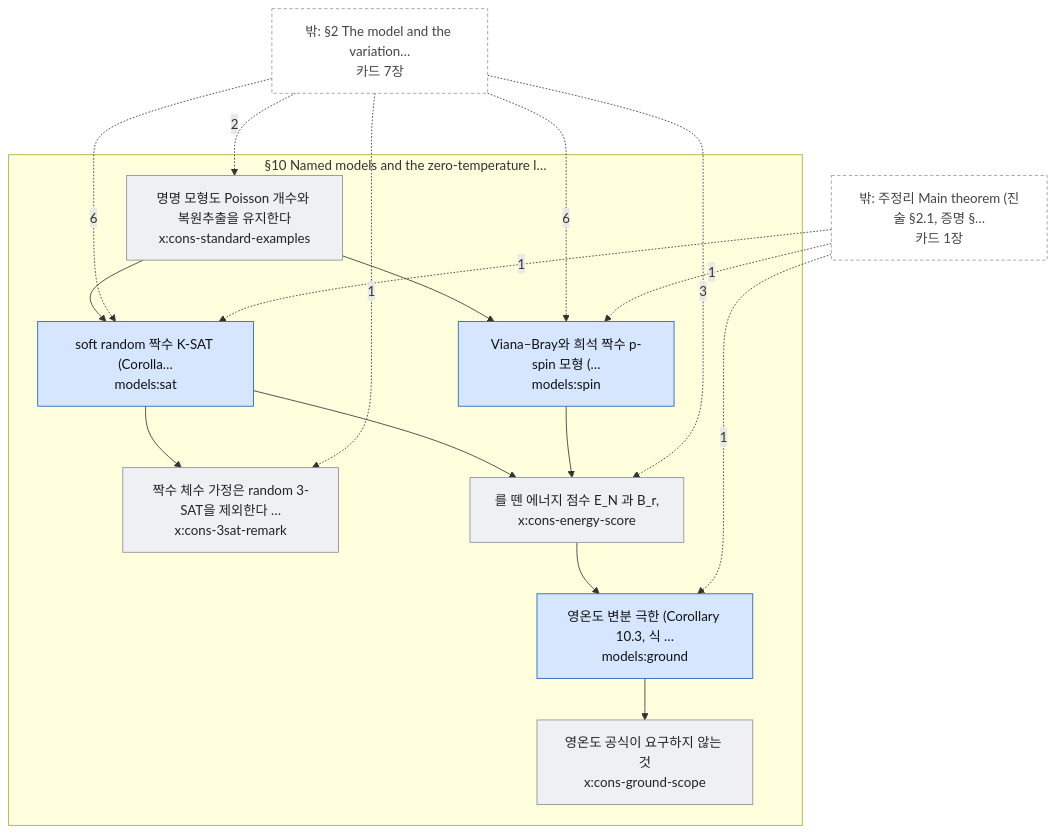
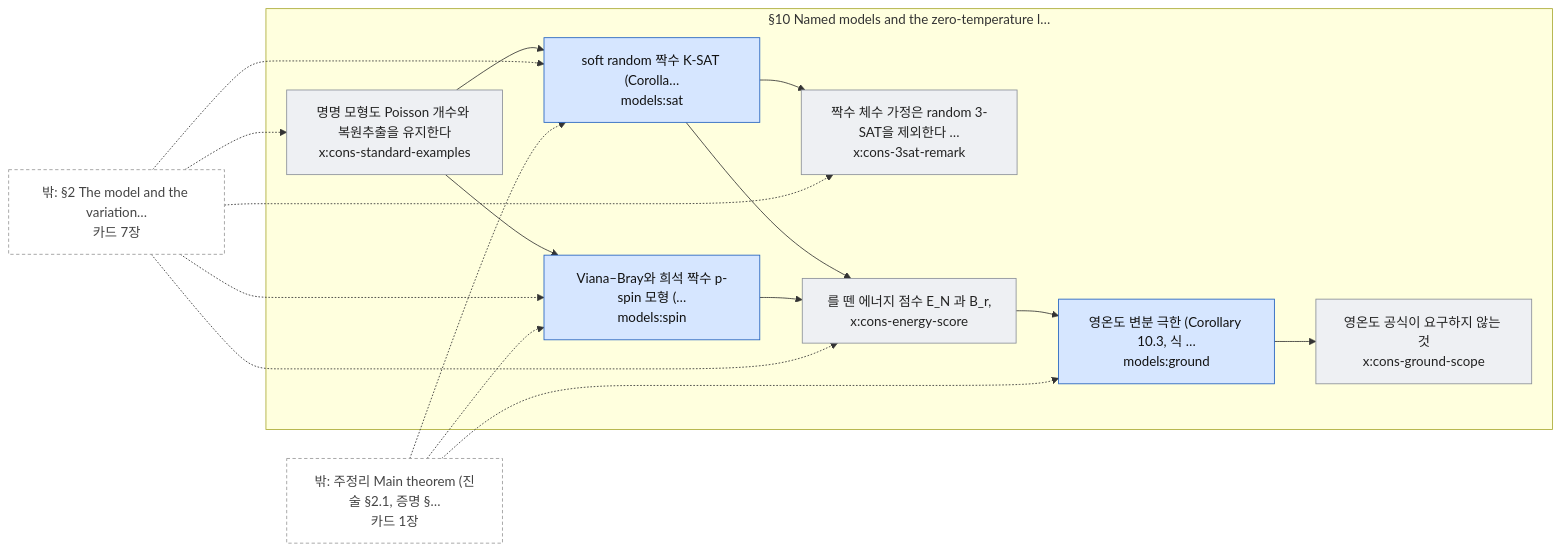
One commit to EuijinJeon/math2phys-site changed the diagram in redesign/build/artifact/maps/sec-consequences.mmd. Above: the diagram before and after it, drawn with Mermaid. The commit also changed 60 other files, not shown here.

First line of the commit message:
redesign: 미검증 진행분 보존 (exact 판정 중단분: 카드 22장·용어집·규칙 표·SCHEMA, 도구 보강 중단분: build.py·지도·사이트)

```diff
--- a/redesign/build/artifact/maps/sec-consequences.mmd
+++ b/redesign/build/artifact/maps/sec-consequences.mmd
@@ -1,42 +1,42 @@
-flowchart TB
+flowchart LR
   subgraph IN["§10 Named models and the zero-temperature l…"]
     a0["영온도 변분 극한 (Corollary 10.3, 식 …<br/>models:ground"]
     a1["soft random 짝수 K-SAT (Corolla…<br/>models:sat"]
     a2["Viana–Bray와 희석 짝수 p-spin 모형 (…<br/>models:spin"]
     a3["짝수 체수 가정은 random 3-SAT을 제외한다 …<br/>x:cons-3sat-remark"]
     a4["를 뗀 에너지 점수 E_N 과 B_r,<br/>x:cons-energy-score"]
     a5["영온도 공식이 요구하지 않는 것<br/>x:cons-ground-scope"]
     a6["명명 모형도 Poisson 개수와 복원추출을 유지한다<br/>x:cons-standard-examples"]
   end
   X0["밖: §2 The model and the variation…<br/>카드 7장"]
   X1["밖: 주정리 Main theorem (진술 §2.1, 증명 §…<br/>카드 1장"]
   a0 --> a5
   a1 --> a3
   a1 --> a4
   a2 --> a4
   a4 --> a0
   a6 --> a1
   a6 --> a2
-  X1 -.->|1| a0
-  X0 -.->|6| a1
-  X1 -.->|1| a1
-  X0 -.->|6| a2
-  X1 -.->|1| a2
-  X0 -.->|1| a3
-  X0 -.->|3| a4
-  X0 -.->|2| a6
+  X1 -.-> a0
+  X0 -.-> a1
+  X1 -.-> a1
+  X0 -.-> a2
+  X1 -.-> a2
+  X0 -.-> a3
+  X0 -.-> a4
+  X0 -.-> a6
   classDef thm fill:#d6e6ff,stroke:#1f5fbf,color:#111;
   classDef oth fill:#eef0f3,stroke:#8a8f98,color:#222;
   classDef ext fill:#fff,stroke:#999,stroke-dasharray:4 3,color:#444;
   class a0,a1,a2 thm;
   class a3,a4,a5,a6 oth;
   class X0,X1 ext;
   click a0 "cards/models.ground.html"
   click a1 "cards/models.sat.html"
   click a2 "cards/models.spin.html"
   click a3 "cards/x.cons-3sat-remark.html"
   click a4 "cards/x.cons-energy-score.html"
   click a5 "cards/x.cons-ground-scope.html"
   click a6 "cards/x.cons-standard-examples.html"
   click X0 "map-model.html"
   click X1 "map-main.html"
```
